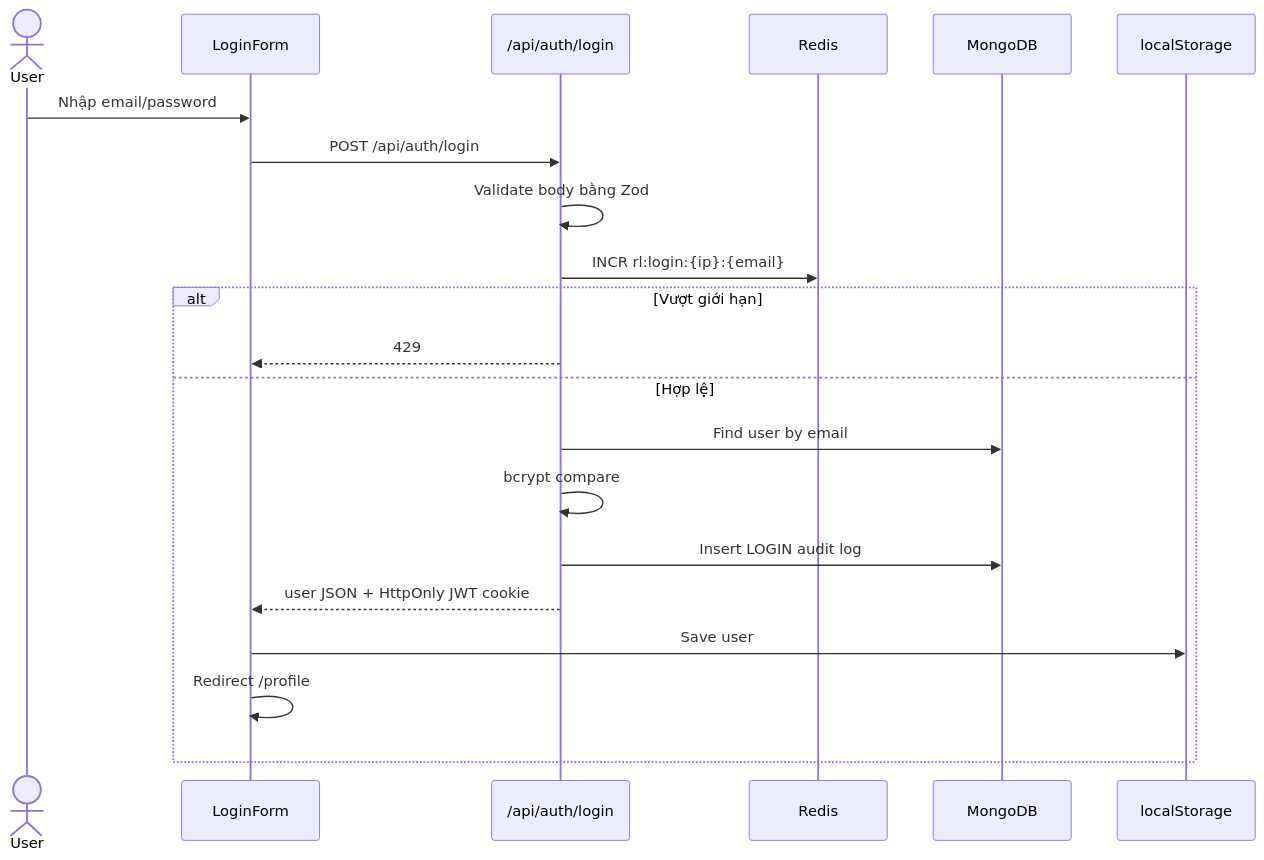
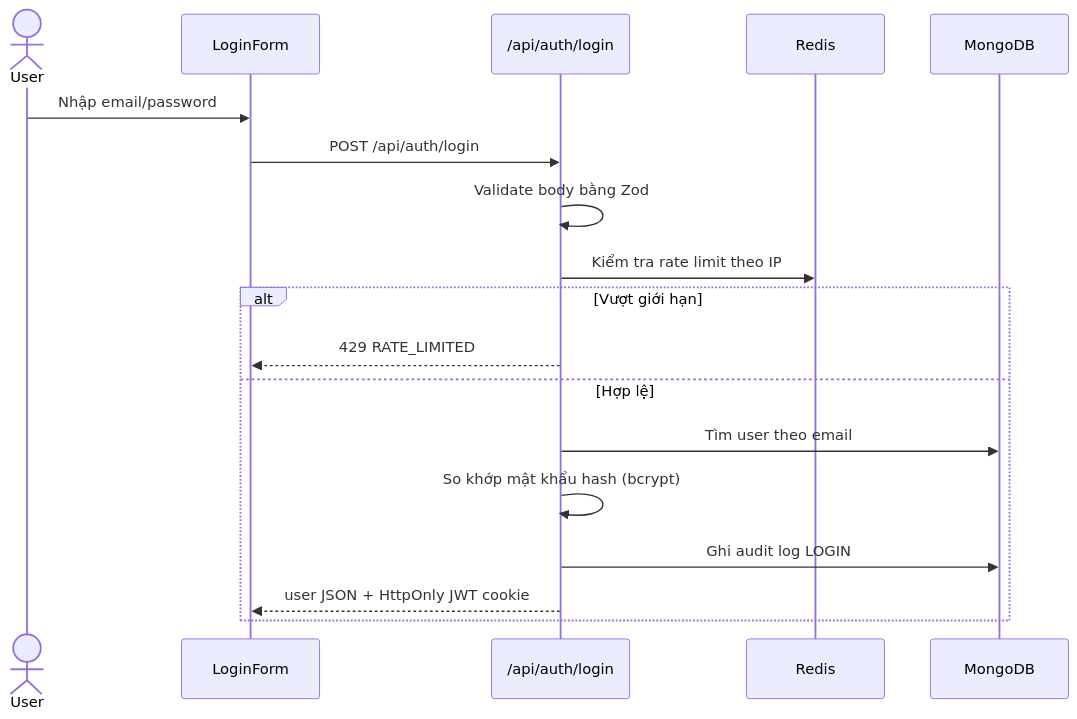
One commit to NguyenHoangPhuong275/dattcnpm changed the second of 5 diagrams in docs/04_SEQUENCE.md. Above: the diagram before and after it, drawn with Mermaid. The commit also changed other lines of this file and 192 other files, not shown here.

````diff
--- a/docs/04_SEQUENCE.md
+++ b/docs/04_SEQUENCE.md
@@ -69,24 +41,21 @@
 ```mermaid
 sequenceDiagram
     actor User
     participant UI as LoginForm
     participant API as /api/auth/login
     participant Redis as Redis
     participant Mongo as MongoDB
-    participant Storage as localStorage
 
     User->>UI: Nhập email/password
     UI->>API: POST /api/auth/login
     API->>API: Validate body bằng Zod
-    API->>Redis: INCR rl:login:{ip}:{email}
+    API->>Redis: Kiểm tra rate limit theo IP
     alt Vượt giới hạn
-        API-->>UI: 429
+        API-->>UI: 429 RATE_LIMITED
     else Hợp lệ
-        API->>Mongo: Find user by email
-        API->>API: bcrypt compare
-        API->>Mongo: Insert LOGIN audit log
+        API->>Mongo: Tìm user theo email
+        API->>API: So khớp mật khẩu hash (bcrypt)
+        API->>Mongo: Ghi audit log LOGIN
         API-->>UI: user JSON + HttpOnly JWT cookie
-        UI->>Storage: Save user
-        UI->>UI: Redirect /profile
     end
 ```
````
